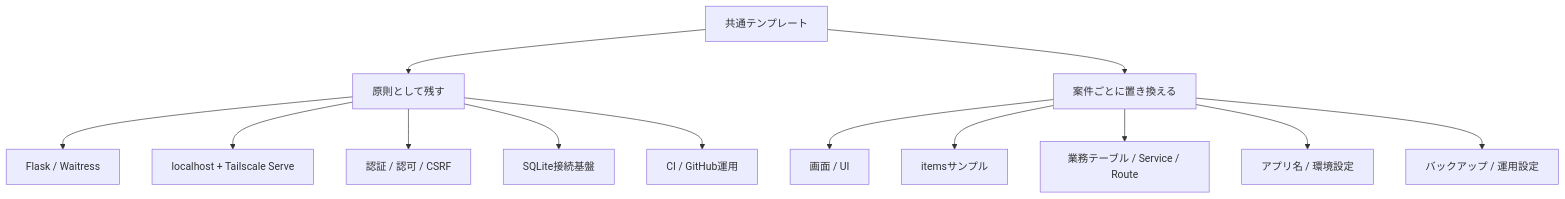
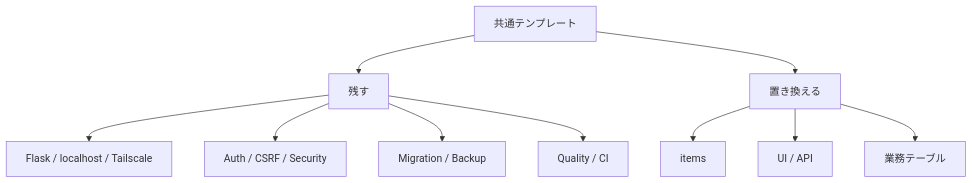
Before and after one commit to k-systems202208/python-sqlite-tailscale-webapp-template: the second of 8 diagrams in README.md, drawn with Mermaid. The commit also changed other lines of this file and 42 other files, not shown here.

````diff
--- a/README.md
+++ b/README.md
@@ -50,17 +44,12 @@
 ```mermaid
 flowchart TD
-    T["共通テンプレート"] --> K["原則として残す"]
-    T --> R["案件ごとに置き換える"]
-
-    K --> K1["Flask / Waitress"]
-    K --> K2["localhost + Tailscale Serve"]
-    K --> K3["認証 / 認可 / CSRF"]
-    K --> K4["SQLite接続基盤"]
-    K --> K5["CI / GitHub運用"]
-
-    R --> R1["画面 / UI"]
-    R --> R2["itemsサンプル"]
-    R --> R3["業務テーブル / Service / Route"]
-    R --> R4["アプリ名 / 環境設定"]
-    R --> R5["バックアップ / 運用設定"]
+    T["共通テンプレート"] --> K["残す"]
+    T --> R["置き換える"]
+    K --> K1["Flask / localhost / Tailscale"]
+    K --> K2["Auth / CSRF / Security"]
+    K --> K3["Migration / Backup"]
+    K --> K4["Quality / CI"]
+    R --> R1["items"]
+    R --> R2["UI / API"]
+    R --> R3["業務テーブル"]
 ```
````
